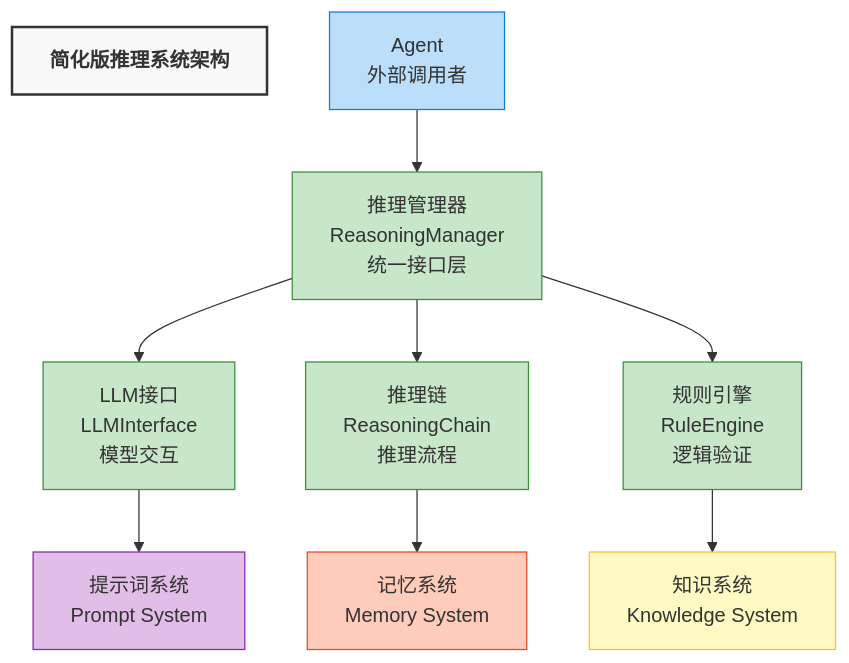
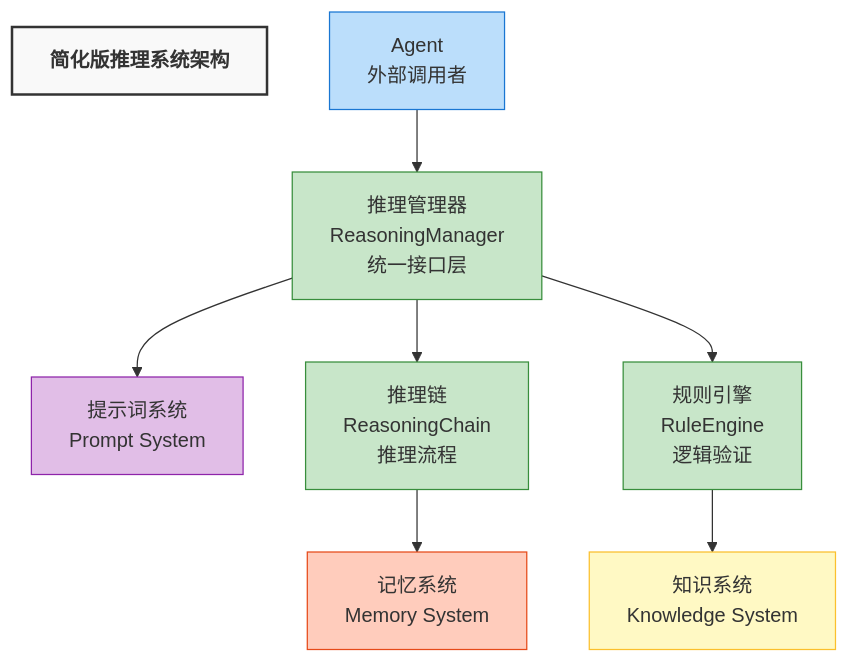
One commit to DDtoma/iodraw-files changed the diagram in all/未命名-3.md. Above: the diagram before and after it, drawn with Mermaid.

Commit message:
2025-03-12 15:59:09 update

````diff
--- a/all/未命名-3.md
+++ b/all/未命名-3.md
@@ -1,41 +1,39 @@
 ```mermaid
 graph TB
     %% 总标题
     title[<b>简化版推理系统架构</b>]
     
     %% 外部接口
     Agent["Agent<br>外部调用者"]
     Knowledge["知识系统<br>Knowledge System"]
     Memory["记忆系统<br>Memory System"]
     Prompt["提示词系统<br>Prompt System"]
     
     %% 核心模块
     RM["推理管理器<br>ReasoningManager<br>统一接口层"]
-    LI["LLM接口<br>LLMInterface<br>模型交互"]
     RC["推理链<br>ReasoningChain<br>推理流程"]
     RE["规则引擎<br>RuleEngine<br>逻辑验证"]
     
     %% 关系定义
     Agent --> RM
-    RM --> LI
+    RM --> Prompt
     RM --> RC
     RM --> RE
-    LI --> Prompt
     RC --> Memory
     RE --> Knowledge
     
     %% 样式设置
     classDef titleClass fill:#f9f9f9,stroke:#333,stroke-width:2px,font-weight:bold
     classDef agentClass fill:#bbdefb,stroke:#1976d2,stroke-width:1px
     classDef knowledgeClass fill:#fff9c4,stroke:#fbc02d,stroke-width:1px
     classDef memoryClass fill:#ffccbc,stroke:#e64a19,stroke-width:1px
     classDef promptClass fill:#e1bee7,stroke:#8e24aa,stroke-width:1px
     classDef moduleClass fill:#c8e6c9,stroke:#388e3c,stroke-width:1px
     
     class title titleClass
     class Agent agentClass
     class Knowledge knowledgeClass
     class Memory memoryClass
     class Prompt promptClass
-    class RM,LI,RC,RE moduleClass
+    class RM,RC,RE moduleClass
 ```
````
